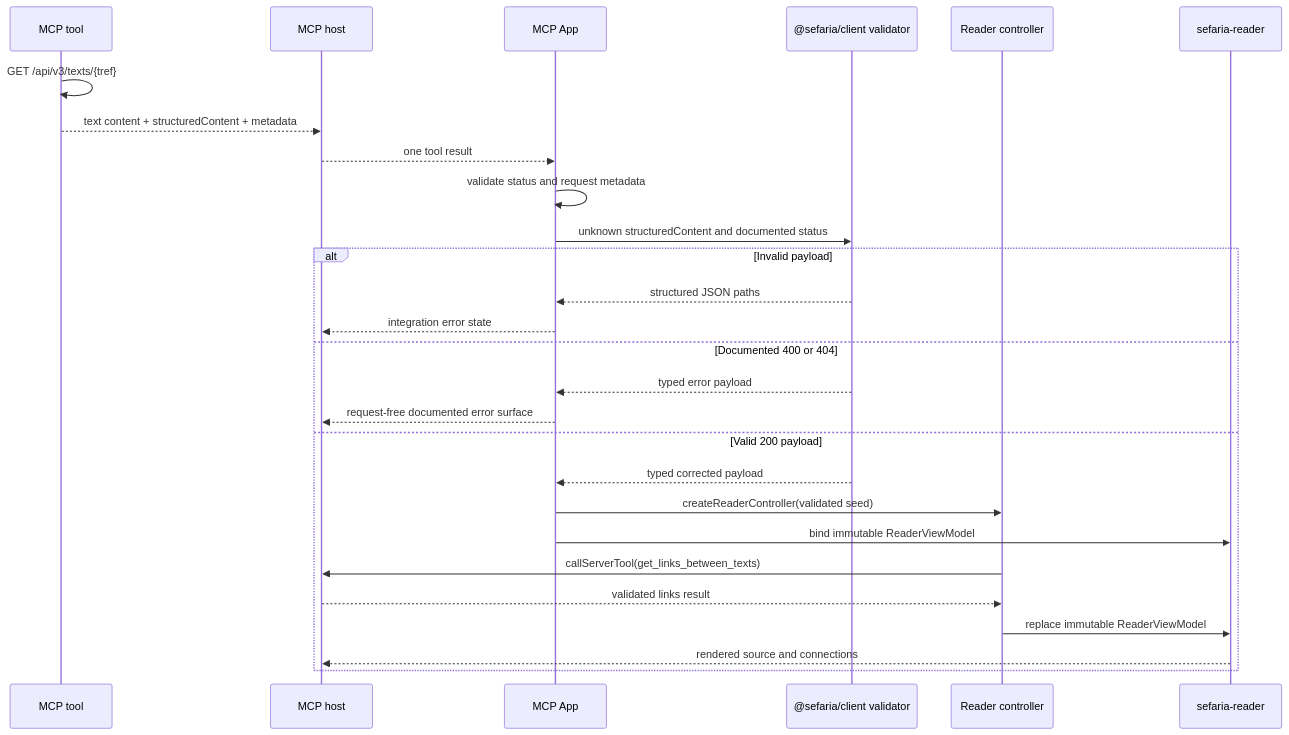
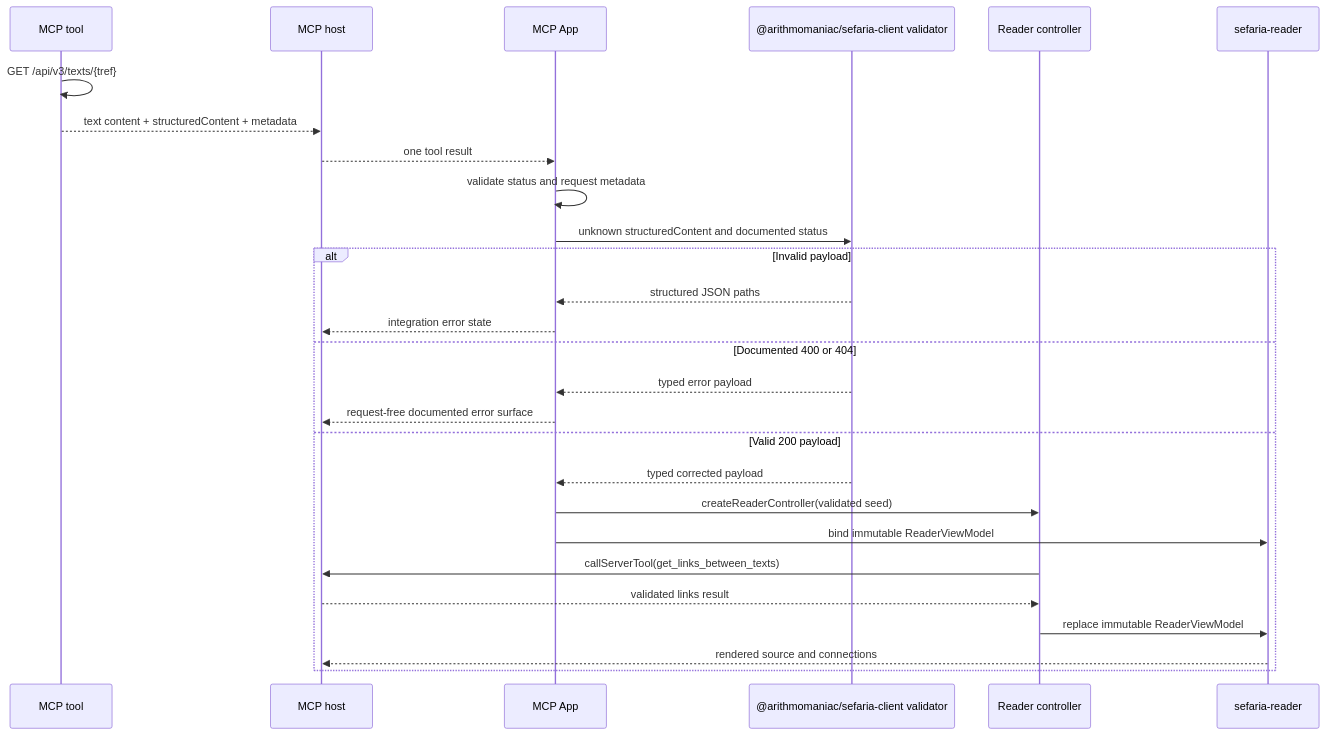
One commit to Arithmomaniac/sefaria-frontend-toolkit changed the first of 3 diagrams in docs/specs/integrations.md. Above: the diagram before and after it, drawn with Mermaid. The commit also changed other lines of this file and 130 other files, not shown here.

````diff
--- a/docs/specs/integrations.md
+++ b/docs/specs/integrations.md
@@ -177,30 +177,30 @@
 ```mermaid
 sequenceDiagram
     participant Tool as MCP tool
     participant Host as MCP host
     participant App as MCP App
-    participant Validator as @sefaria/client validator
+    participant Validator as @arithmomaniac/sefaria-client validator
     participant Controller as Reader controller
     participant Reader as sefaria-reader
 
     Tool->>Tool: GET /api/v3/texts/{tref}
     Tool-->>Host: text content + structuredContent + metadata
     Host-->>App: one tool result
     App->>App: validate status and request metadata
     App->>Validator: unknown structuredContent and documented status
     alt Invalid payload
         Validator-->>App: structured JSON paths
         App-->>Host: integration error state
     else Documented 400 or 404
         Validator-->>App: typed error payload
         App-->>Host: request-free documented error surface
     else Valid 200 payload
         Validator-->>App: typed corrected payload
         App->>Controller: createReaderController(validated seed)
         App->>Reader: bind immutable ReaderViewModel
         Controller->>Host: callServerTool(get_links_between_texts)
         Host-->>Controller: validated links result
         Controller->>Reader: replace immutable ReaderViewModel
         Reader-->>Host: rendered source and connections
     end
 ```
````
